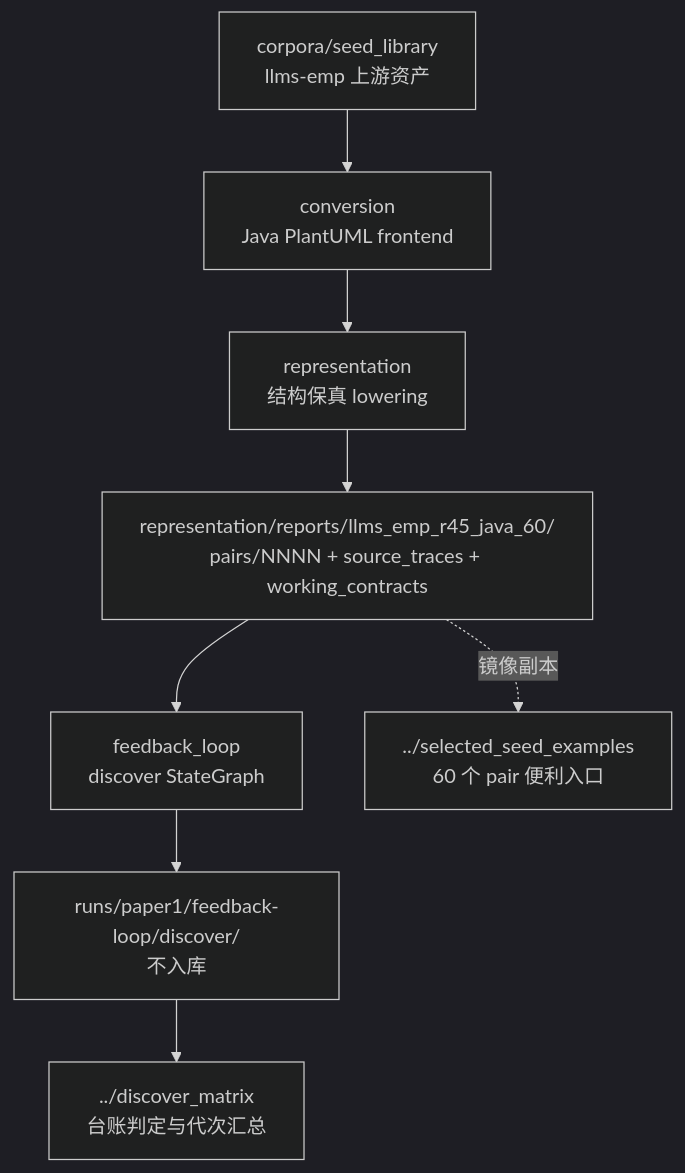
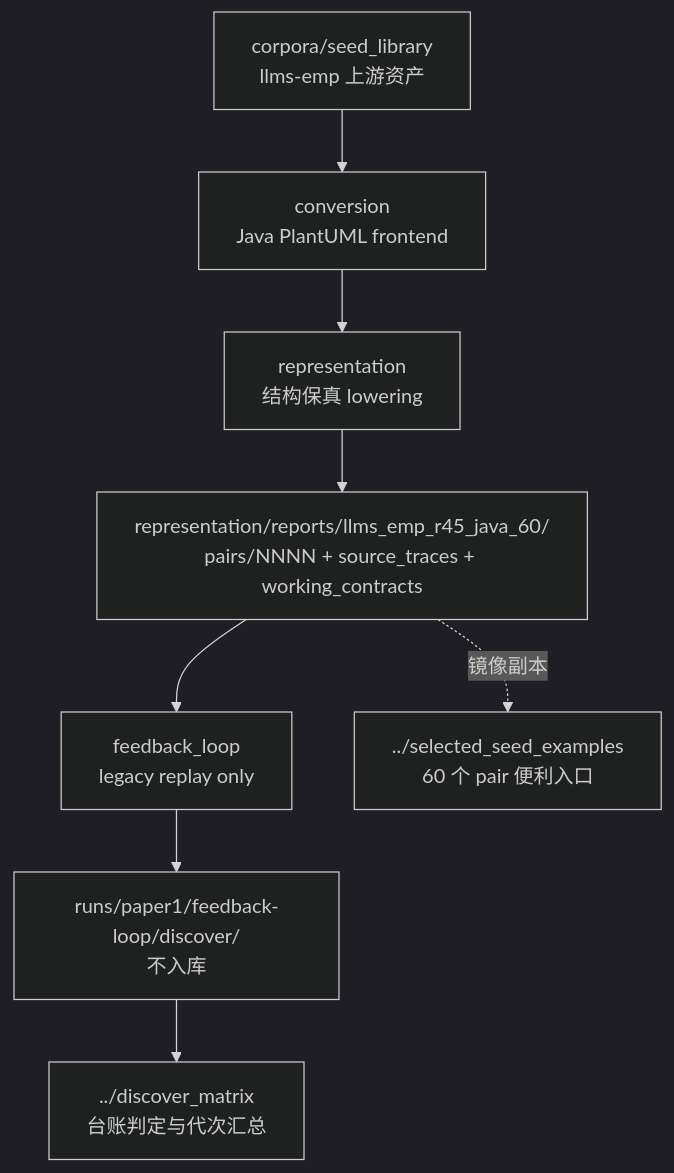
Before and after one commit to HansBug/research_ideas: the diagram in project_1_llm_state_machine_modeling/paper_stm_issue_discover/pipeline/README.md, drawn with Mermaid (dark theme). The commit also changed other lines of this file and 103 other files, not shown here.

````diff
--- a/project_1_llm_state_machine_modeling/paper_stm_issue_discover/pipeline/README.md
+++ b/project_1_llm_state_machine_modeling/paper_stm_issue_discover/pipeline/README.md
@@ -24,10 +25,10 @@
 ```mermaid
 flowchart TD
   A["corpora/seed_library<br/>llms-emp 上游资产"] --> B["conversion<br/>Java PlantUML frontend"]
   B --> C["representation<br/>结构保真 lowering"]
   C --> D["representation/reports/llms_emp_r45_java_60/<br/>pairs/NNNN + source_traces + working_contracts"]
-  D --> E["feedback_loop<br/>discover StateGraph"]
+  D --> E["feedback_loop<br/>legacy replay only"]
   E --> F["runs/paper1/feedback-loop/discover/<br/>不入库"]
   F --> G["../discover_matrix<br/>台账判定与代次汇总"]
   D -.镜像副本.-> H["../selected_seed_examples<br/>60 个 pair 便利入口"]
 ```
````
